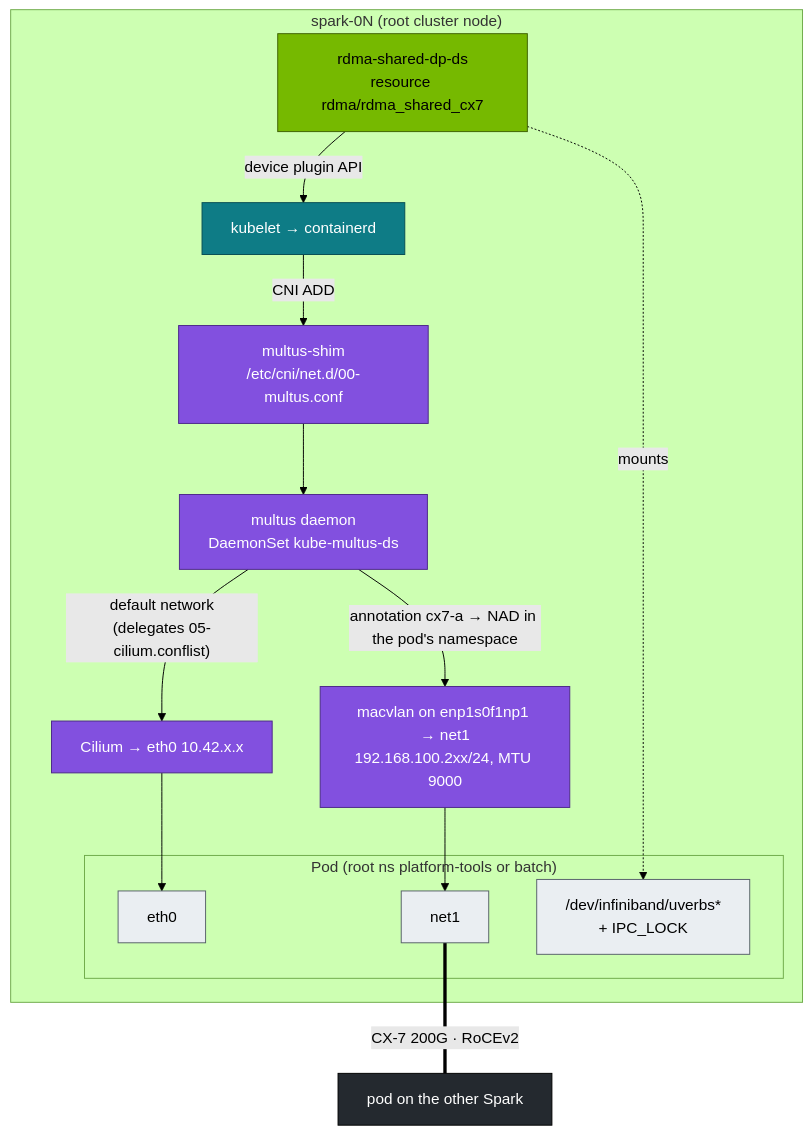
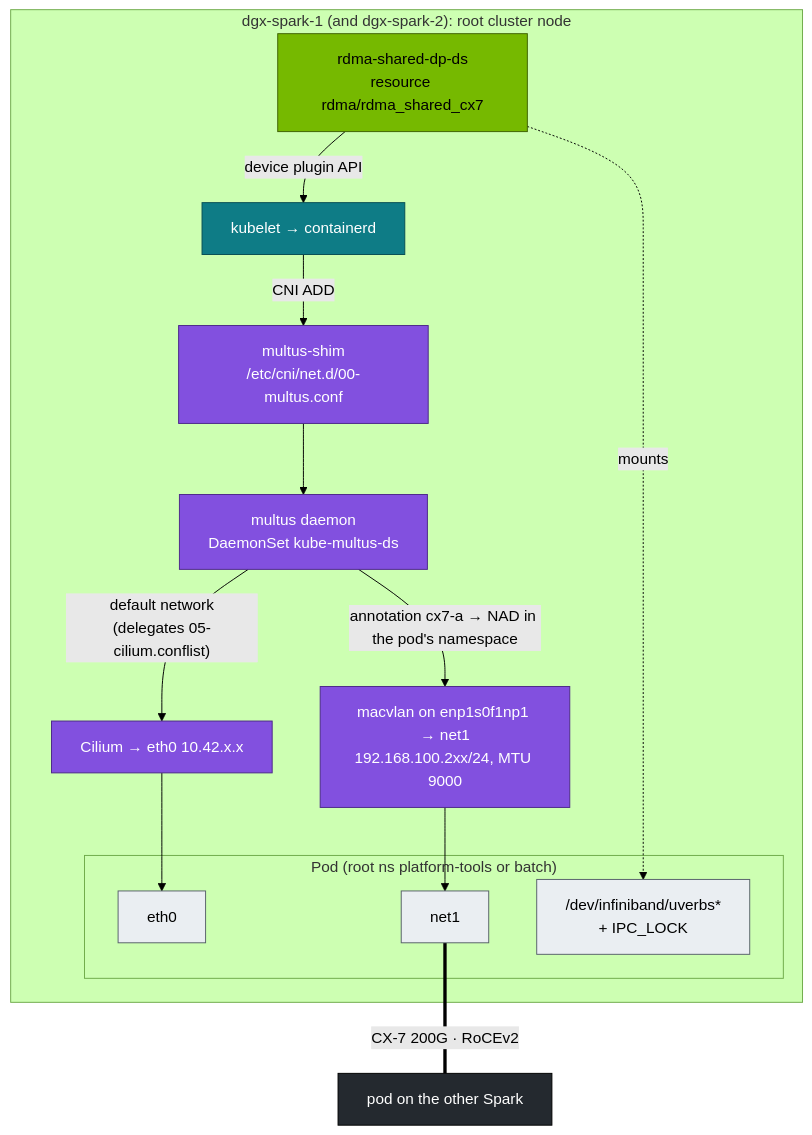
The first of 2 diagrams in 01-Ansible/21-multus-and-secondary-rdma-networks.md (cloudone365/technical-depth), drawn with Mermaid (forest theme) before and after one commit. The commit also changed other lines of this file and 91 other files, not shown here.

First line of the commit message:
Docs audit 01-04: fix mistakes found against the lab files; step-by-step flows

````diff
--- a/01-Ansible/21-multus-and-secondary-rdma-networks.md
+++ b/01-Ansible/21-multus-and-secondary-rdma-networks.md
@@ -32,29 +32,29 @@
 ```mermaid
 flowchart TB
-  subgraph NODE["spark-0N (root cluster node)"]
+  subgraph NODE["dgx-spark-1 (and dgx-spark-2): root cluster node"]
     KUBELET["kubelet → containerd"] -->|"CNI ADD"| SHIM["multus-shim<br/>/etc/cni/net.d/00-multus.conf"]
     SHIM --> MD["multus daemon<br/>DaemonSet kube-multus-ds"]
     MD -->|"default network<br/>(delegates 05-cilium.conflist)"| CIL["Cilium → eth0 10.42.x.x"]
     MD -->|"annotation cx7-a → NAD in the pod's namespace"| MACVLAN["macvlan on enp1s0f1np1 → net1<br/>192.168.100.2xx/24, MTU 9000"]
     DP["rdma-shared-dp-ds<br/>resource rdma/rdma_shared_cx7"] -->|"device plugin API"| KUBELET
     subgraph POD["Pod (root ns platform-tools or batch)"]
       E0["eth0"]
       N1["net1"]
       DEV["/dev/infiniband/uverbs*<br/>+ IPC_LOCK"]
     end
   end
   CIL --> E0
   MACVLAN --> N1
   DP -.mounts.-> DEV
   N1 ===|"CX-7 200G · RoCEv2"| OTHER["pod on the other Spark"]
   classDef node fill:#0e7c86,stroke:#064e54,color:#fff
   classDef net fill:#8250df,stroke:#4c2889,color:#fff
   classDef gpu fill:#76b900,stroke:#3d6000,color:#000
   classDef tenant fill:#eaeef2,stroke:#57606a,color:#000
   classDef ext fill:#24292f,stroke:#000,color:#fff
   class KUBELET node
   class SHIM,MD,CIL,MACVLAN net
   class DP gpu
   class E0,N1,DEV tenant
   class OTHER ext
 ```
````
